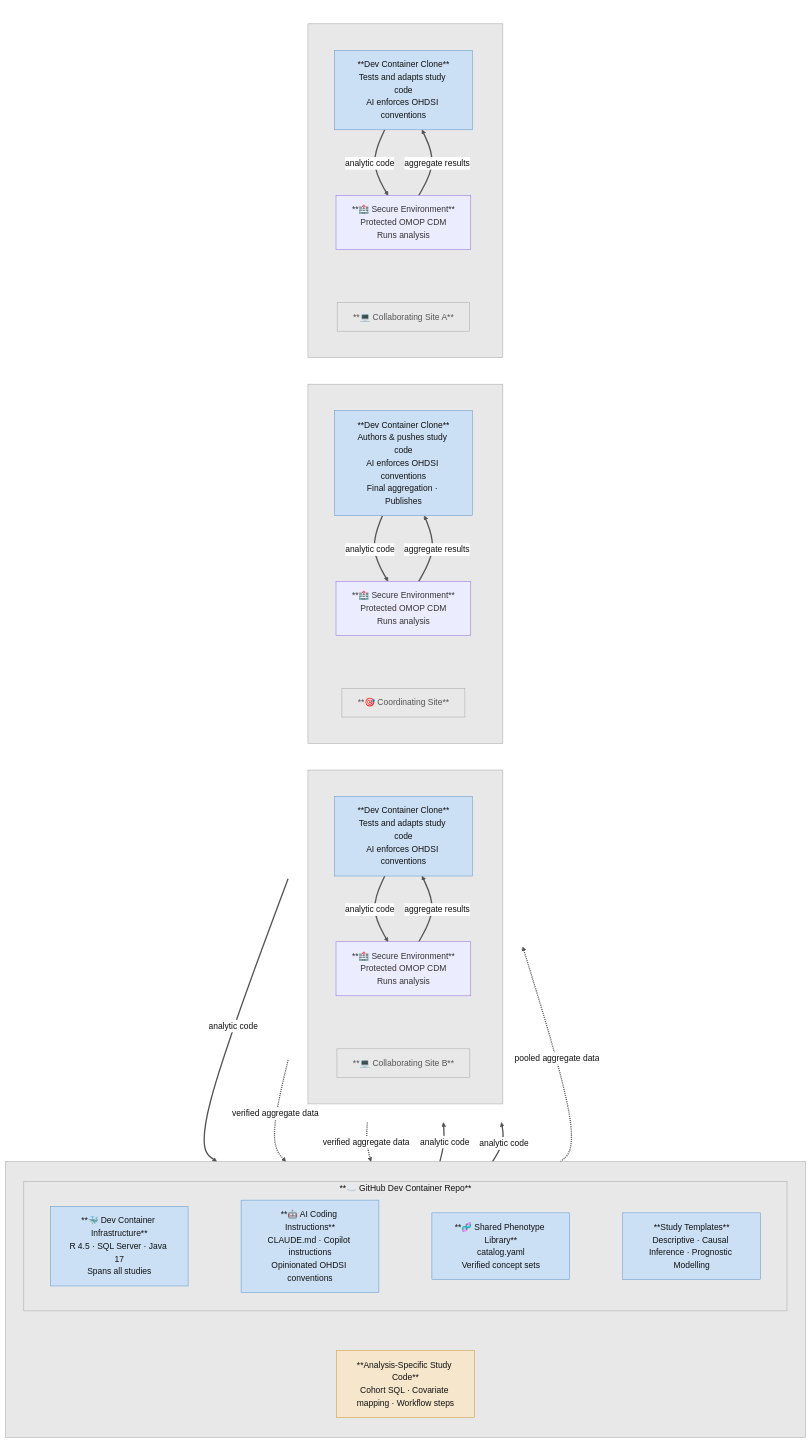
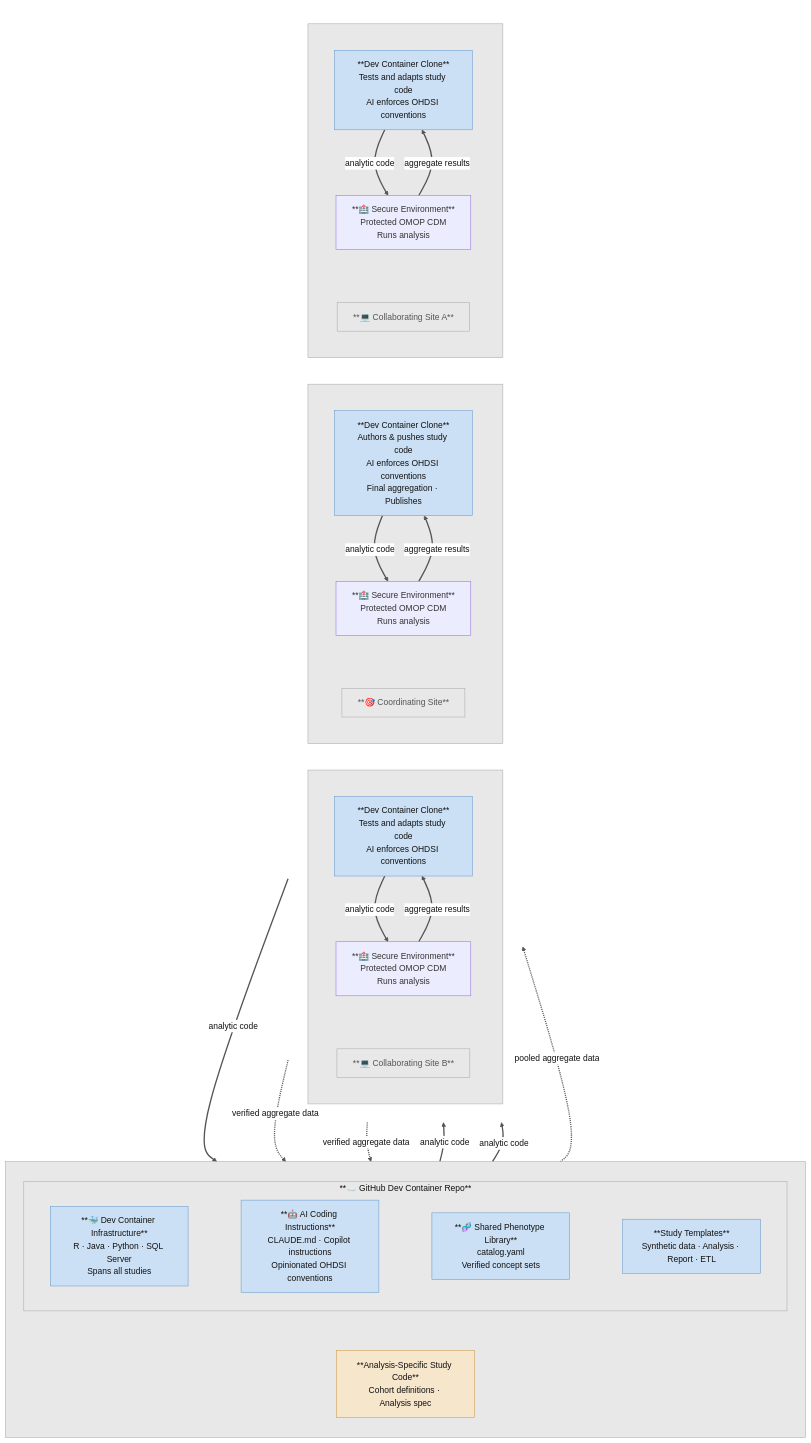
One commit to Duke-Vascular-Informatics/charon changed the diagram in README.md. Above: the diagram before and after it, drawn with Mermaid. The commit also changed other lines of this file and 14 other files, not shown here.

````diff
--- a/README.md
+++ b/README.md
@@ -67,76 +79,76 @@
 ```mermaid
 %%{init: {'themeVariables': {'edgeLabelBackground': '#ffffff', 'tertiaryTextColor': '#111111'}}}%%
 flowchart TB
     subgraph GH_ALL[ ]
         direction TB
         subgraph GHUB["**☁️ GitHub Dev Container Repo**"]
             direction LR
-            GH_INFRA["**🐳 Dev Container Infrastructure**<br/>R 4.5 · SQL Server · Java 17<br/>Spans all studies"]
+            GH_INFRA["**🐳 Dev Container Infrastructure**<br/>R · Java · Python · SQL Server<br/>Spans all studies"]
             GH_AI["**🤖 AI Coding Instructions**<br/>CLAUDE.md · Copilot instructions<br/>Opinionated OHDSI conventions"]
-            GH_TEMP["**Study Templates**<br/>Descriptive · Causal Inference · Prognostic Modelling"]
+            GH_TEMP["**Study Templates**<br/>Synthetic data · Analysis · Report · ETL"]
             GH_PHENO["**🧬 Shared Phenotype Library**<br/>catalog.yaml<br/>Verified concept sets"]
             GH_INFRA ~~~ GH_AI ~~~ GH_PHENO ~~~ GH_TEMP
         end
-        GH_STUDY["**Analysis-Specific Study Code**<br/>Cohort SQL · Covariate mapping · Workflow steps"]
+        GH_STUDY["**Analysis-Specific Study Code**<br/>Cohort definitions · Analysis spec"]
         GHUB ~~~ GH_STUDY
     end
 
     subgraph SITES[ ]
         direction LR
         subgraph SITE_A[ ]
             direction TB
             C1_DEV["**Dev Container Clone**<br/>Tests and adapts study code<br/>AI enforces OHDSI conventions"]
             C1_SEC["**🏥 Secure Environment**<br/>Protected OMOP CDM<br/>Runs analysis"]
             C1_LABEL["**💻 Collaborating Site B**"]
             C1_DEV -->|"analytic code"| C1_SEC
             C1_SEC -->|"aggregate results"| C1_DEV
             C1_SEC ~~~ C1_LABEL
         end
         subgraph SITE_CC[ ]
             direction TB
             CC_DEV["**Dev Container Clone**<br/>Authors &amp; pushes study code<br/>AI enforces OHDSI conventions<br/>Final aggregation · Publishes"]
             CC_SEC["**🏥 Secure Environment**<br/>Protected OMOP CDM<br/>Runs analysis"]
             CC_LABEL["**🎯 Coordinating Site**"]
             CC_DEV -->|"analytic code"| CC_SEC
             CC_SEC -->|"aggregate results"| CC_DEV
             CC_SEC ~~~ CC_LABEL
         end
         subgraph SITE_B[ ]
             direction TB
             C2_DEV["**Dev Container Clone**<br/>Tests and adapts study code<br/>AI enforces OHDSI conventions"]
             C2_SEC["**🏥 Secure Environment**<br/>Protected OMOP CDM<br/>Runs analysis"]
             C2_LABEL["**💻 Collaborating Site A**"]
             C2_DEV -->|"analytic code"| C2_SEC
             C2_SEC -->|"aggregate results"| C2_DEV
             C2_SEC ~~~ C2_LABEL
         end
     end
 
     GH_STUDY -->|"analytic code"| C1_DEV
     CC_DEV -->|"analytic code"| GH_STUDY
     GH_STUDY -->|"analytic code"| C2_DEV
 
     C1_DEV -.->|"verified aggregate data"| GH_STUDY
     C2_DEV -.->|"verified aggregate data"| GH_STUDY
     GH_STUDY -.->|"pooled aggregate data"| CC_DEV
 
     style GH_ALL   fill:#e8e8e8,stroke:#aaa,color:#111
     style GHUB     fill:#e8e8e8,stroke:#aaa,color:#111
     style GH_INFRA fill:#cce0f5,stroke:#6699cc,color:#111
     style GH_AI    fill:#cce0f5,stroke:#6699cc,color:#111
     style GH_PHENO fill:#cce0f5,stroke:#6699cc,color:#111
     style GH_TEMP  fill:#cce0f5,stroke:#6699cc,color:#111
     style GH_STUDY fill:#f5e6cc,stroke:#cc9944,color:#111
     style C1_DEV   fill:#cce0f5,stroke:#6699cc,color:#111
     style CC_DEV   fill:#cce0f5,stroke:#6699cc,color:#111
     style C2_DEV   fill:#cce0f5,stroke:#6699cc,color:#111
     style SITE_A   fill:#e8e8e8,stroke:#aaa,color:#111
     style SITE_CC  fill:#e8e8e8,stroke:#aaa,color:#111
     style SITE_B   fill:#e8e8e8,stroke:#aaa,color:#111
     style SITES    fill:none,stroke:none
     style C1_LABEL fill:#e8e8e8,stroke:#aaa,color:#555
     style CC_LABEL fill:#e8e8e8,stroke:#aaa,color:#555
     style C2_LABEL fill:#e8e8e8,stroke:#aaa,color:#555
     linkStyle default stroke:#555,stroke-width:2.5px,color:#111111
     linkStyle 0,1,2,3,6,9,12 stroke:none,fill:none,color:transparent
 ```
````
